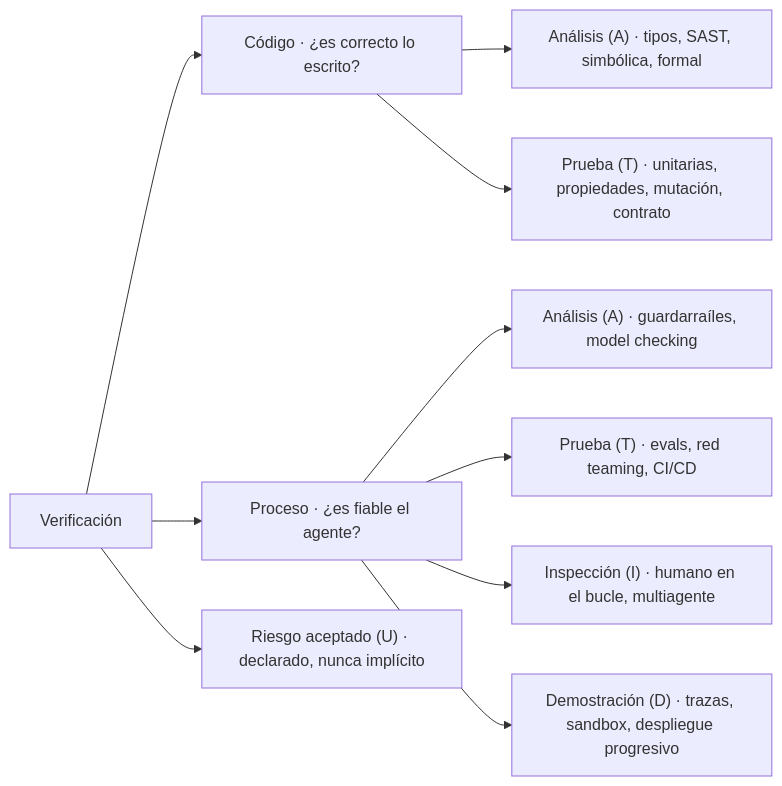
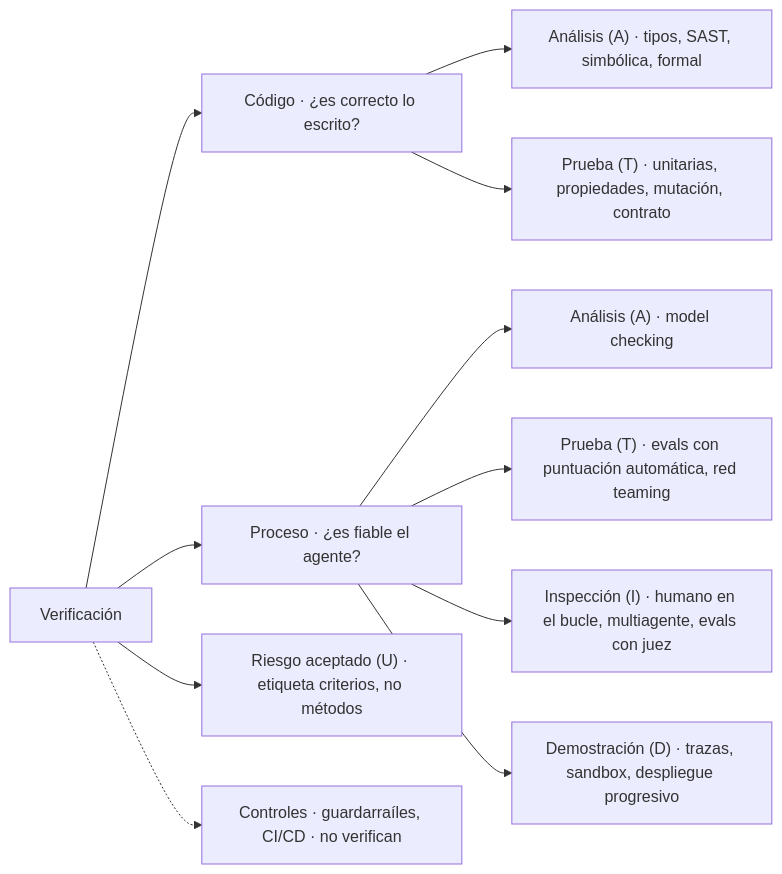
Before and after one commit to Asieribarz/my-story-marker: the diagram in docs/validators.md, drawn with Mermaid. The commit also changed other lines of this file and 10 other files, not shown here.

````diff
--- a/docs/validators.md
+++ b/docs/validators.md
@@ -63,15 +75,16 @@
 ```mermaid
 flowchart LR
   V["Verificación"] --> C["Código · ¿es correcto lo escrito?"]
   V --> P["Proceso · ¿es fiable el agente?"]
 
   C --> CA["Análisis (A) · tipos, SAST, simbólica, formal"]
   C --> CT["Prueba (T) · unitarias, propiedades, mutación, contrato"]
 
-  P --> PA["Análisis (A) · guardarraíles, model checking"]
-  P --> PT["Prueba (T) · evals, red teaming, CI/CD"]
-  P --> PI["Inspección (I) · humano en el bucle, multiagente"]
+  P --> PA["Análisis (A) · model checking"]
+  P --> PT["Prueba (T) · evals con puntuación automática, red teaming"]
+  P --> PI["Inspección (I) · humano en el bucle, multiagente, evals con juez"]
   P --> PD["Demostración (D) · trazas, sandbox, despliegue progresivo"]
 
-  V --> U["Riesgo aceptado (U) · declarado, nunca implícito"]
+  V --> U["Riesgo aceptado (U) · etiqueta criterios, no métodos"]
+  V -.-> CTL["Controles · guardarraíles, CI/CD · no verifican"]
 ```
````
